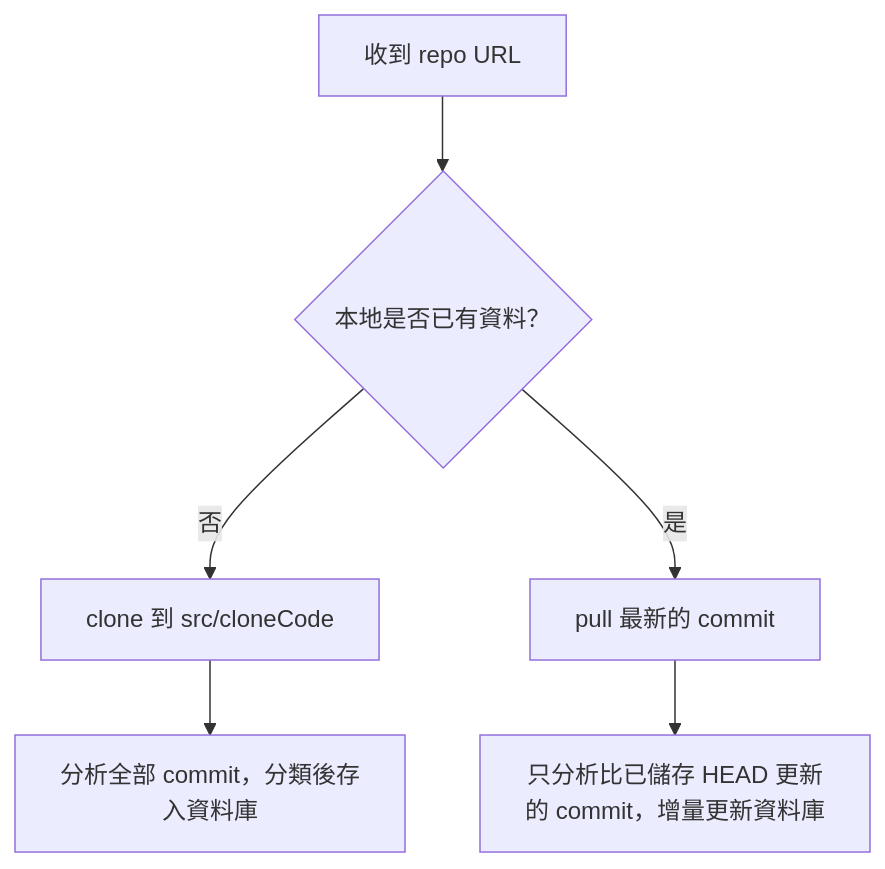
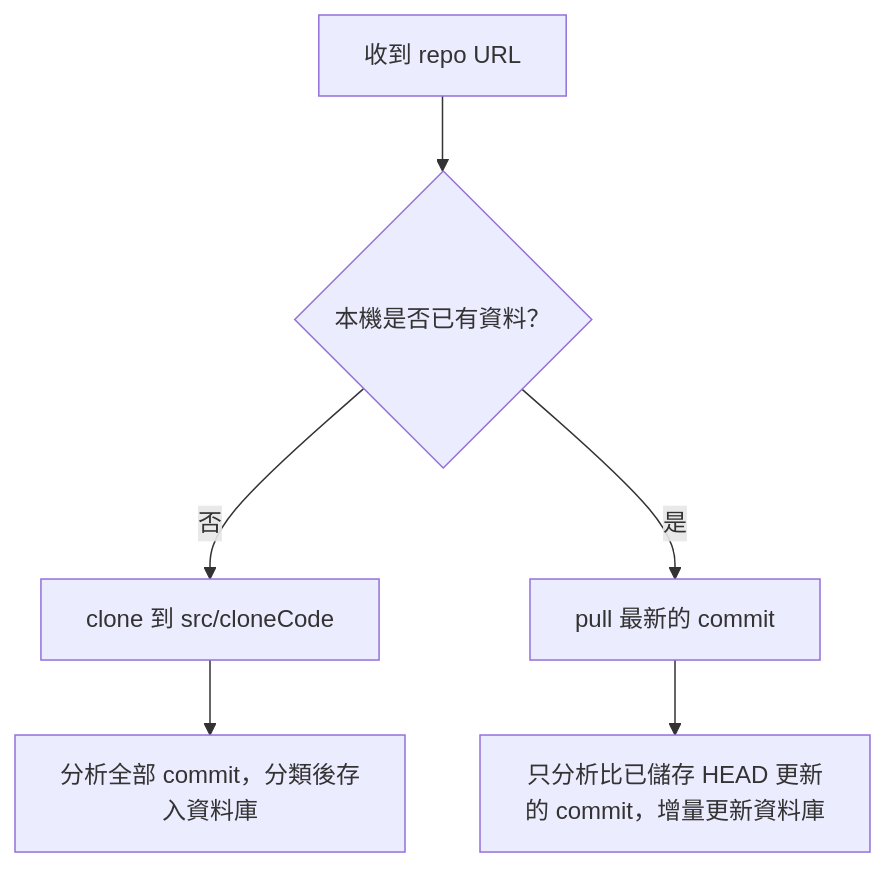
One commit to ruserxd/CodeManageSystem_ForNSTCproject changed the fourth of 7 diagrams in docs/README.md. Above: the diagram before and after it, drawn with Mermaid. The commit also changed other lines of this file, not shown here.

````diff
--- a/docs/README.md
+++ b/docs/README.md
@@ -189,8 +189,8 @@
 ```mermaid
 flowchart TD
-    A["收到 repo URL"] --> B{"本地是否已有資料？"}
+    A["收到 repo URL"] --> B{"本機是否已有資料？"}
     B -->|否| C["clone 到 src/cloneCode"]
     B -->|是| D["pull 最新的 commit"]
     C --> E["分析全部 commit，分類後存入資料庫"]
     D --> F["只分析比已儲存 HEAD 更新的 commit，增量更新資料庫"]
 ```
````
